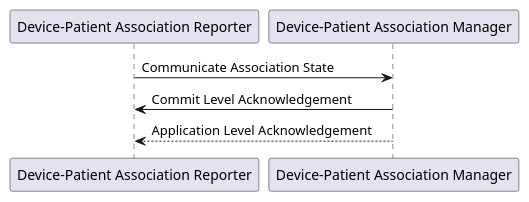
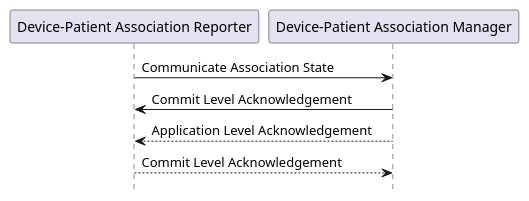
The first of 3 diagrams in CPs/IHE_DEV_Suppl_PCIM_Foundational CP applied.adoc (IHE/DEV.PCIM), drawn with PlantUML before and after one commit. The commit also changed other lines of this file and 1 other file, not shown here.

Commit message:
Hide footbox in DEV-19 sequence diagram.

```diff
--- a/CPs/IHE_DEV_Suppl_PCIM_Foundational CP applied.adoc
+++ b/CPs/IHE_DEV_Suppl_PCIM_Foundational CP applied.adoc
@@ -529,11 +529,12 @@
 [plantuml, asciidoc-plant-uml-reporter-manager-interaction-diagram, svg]
 ....
 @startuml
-
+hide footbox
 participant "Device-Patient Association Reporter" as reporter  
 participant "Device-Patient Association Manager"  as manager
 reporter -> manager : Communicate Association State
 manager -> reporter : Commit Level Acknowledgement
 manager --> reporter : Application Level Acknowledgement
+reporter --> manager : Commit Level Acknowledgement
 @enduml
 ....
```
